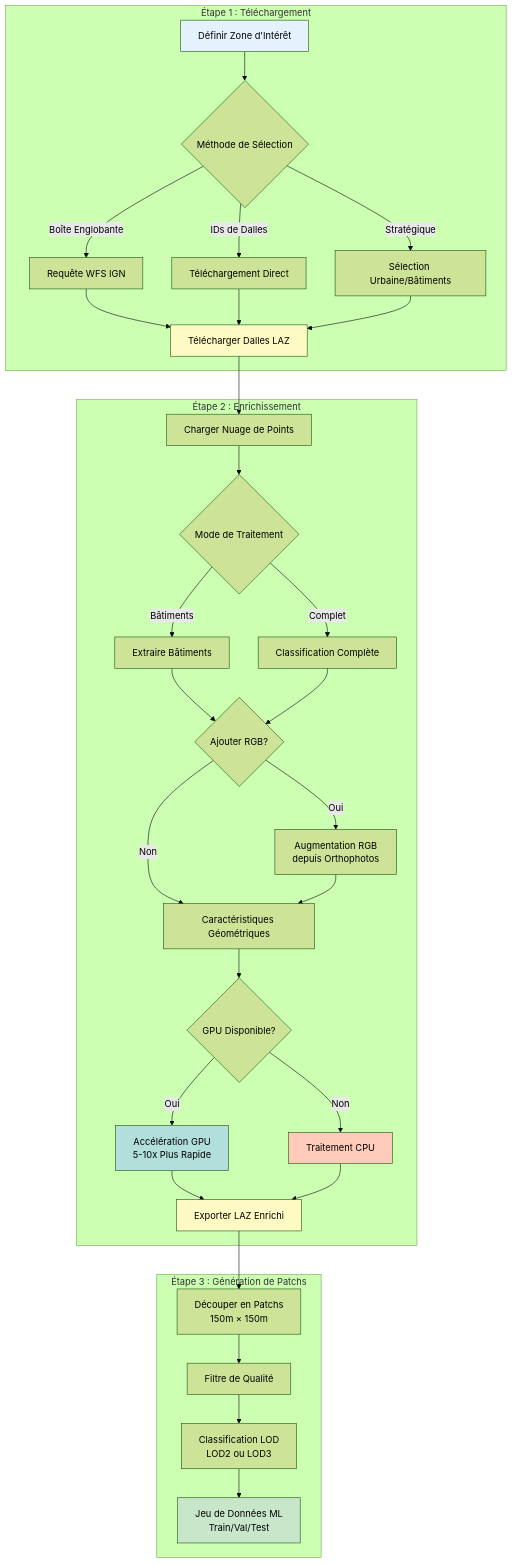
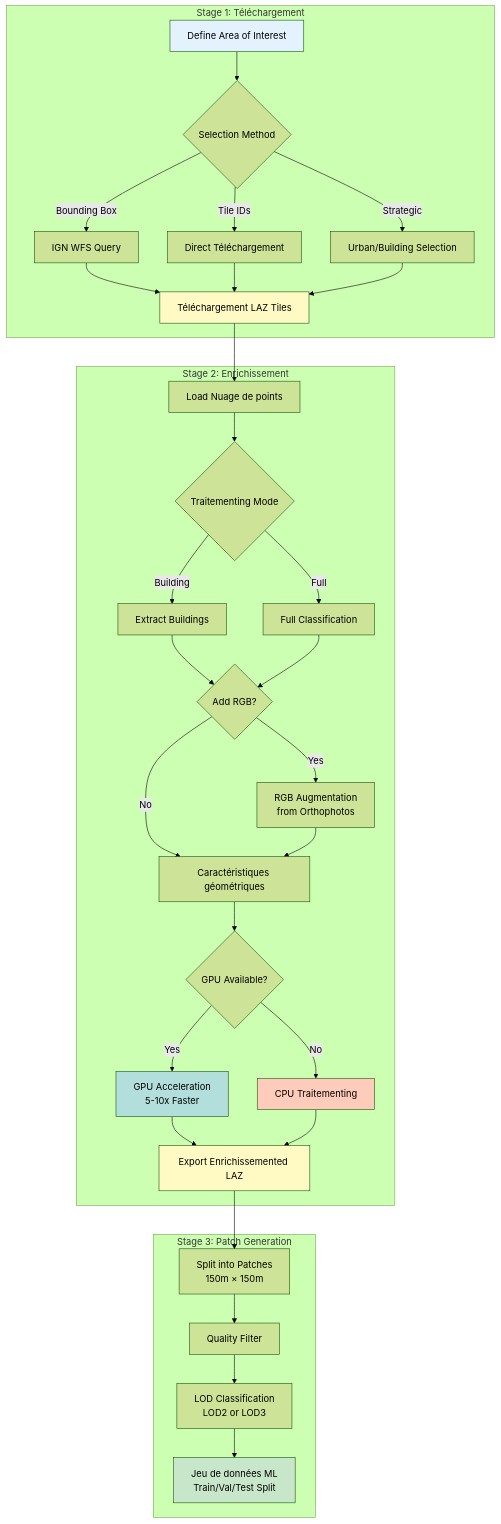
One commit to sducournau/IGN_LIDAR_HD_DATASET changed the diagram in website/i18n/fr/docusaurus-plugin-content-docs/current/guides/complete-workflow.md. Above: the diagram before and after it, drawn with Mermaid (forest theme). The commit also changed other lines of this file and 42 other files, not shown here.

````diff
--- a/website/i18n/fr/docusaurus-plugin-content-docs/current/guides/complete-workflow.md
+++ b/website/i18n/fr/docusaurus-plugin-content-docs/current/guides/complete-workflow.md
@@ -19,43 +19,43 @@
 ```mermaid
 flowchart TD
-    subgraph "Étape 1 : Téléchargement"
-        A[Définir Zone d'Intérêt] --> B{Méthode de Sélection}
-        B -->|Boîte Englobante| C[Requête WFS IGN]
-        B -->|IDs de Dalles| D[Téléchargement Direct]
-        B -->|Stratégique| E[Sélection Urbaine/Bâtiments]
-        C --> F[Télécharger Dalles LAZ]
+    subgraph "Stage 1: Téléchargement"
+        A[Define Area of Interest] --> B{Selection Method}
+        B -->|Bounding Box| C[IGN WFS Query]
+        B -->|Tile IDs| D[Direct Téléchargement]
+        B -->|Strategic| E[Urban/Building Selection]
+        C --> F[Téléchargement LAZ Tiles]
         D --> F
         E --> F
     end
 
-    subgraph "Étape 2 : Enrichissement"
-        F --> G[Charger Nuage de Points]
-        G --> H{Mode de Traitement}
-        H -->|Bâtiments| I[Extraire Bâtiments]
-        H -->|Complet| J[Classification Complète]
-        I --> K{Ajouter RGB?}
+    subgraph "Stage 2: Enrichissement"
+        F --> G[Load Nuage de points]
+        G --> H{Traitementing Mode}
+        H -->|Building| I[Extract Buildings]
+        H -->|Full| J[Full Classification]
+        I --> K{Add RGB?}
         J --> K
-        K -->|Oui| L[Augmentation RGB<br/>depuis Orthophotos]
-        K -->|Non| M[Caractéristiques Géométriques]
+        K -->|Yes| L[RGB Augmentation<br/>from Orthophotos]
+        K -->|No| M[Caractéristiques géométriques]
         L --> M
-        M --> N{GPU Disponible?}
-        N -->|Oui| O[Accélération GPU<br/>5-10x Plus Rapide]
-        N -->|Non| P[Traitement CPU]
-        O --> Q[Exporter LAZ Enrichi]
+        M --> N{GPU Available?}
+        N -->|Yes| O[GPU Acceleration<br/>5-10x Faster]
+        N -->|No| P[CPU Traitementing]
+        O --> Q[Export Enrichissemented LAZ]
         P --> Q
     end
 
-    subgraph "Étape 3 : Génération de Patchs"
-        Q --> R[Découper en Patchs<br/>150m × 150m]
-        R --> U[Filtre de Qualité]
-        U --> V[Classification LOD<br/>LOD2 ou LOD3]
-        V --> W[Jeu de Données ML<br/>Train/Val/Test]
+    subgraph "Stage 3: Patch Generation"
+        Q --> R[Split into Patches<br/>150m × 150m]
+        R --> U[Quality Filter]
+        U --> V[LOD Classification<br/>LOD2 or LOD3]
+        V --> W[Jeu de données ML<br/>Train/Val/Test Split]
     end
 
     style A fill:#e3f2fd
     style F fill:#fff9c4
     style Q fill:#fff9c4
     style W fill:#c8e6c9
     style O fill:#b2dfdb
     style P fill:#ffccbc
 ```
````
